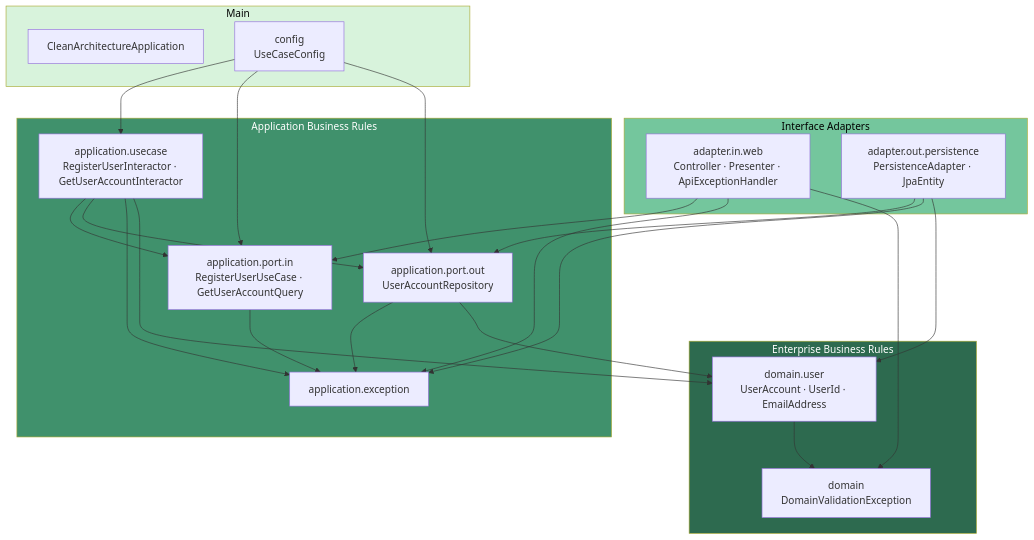
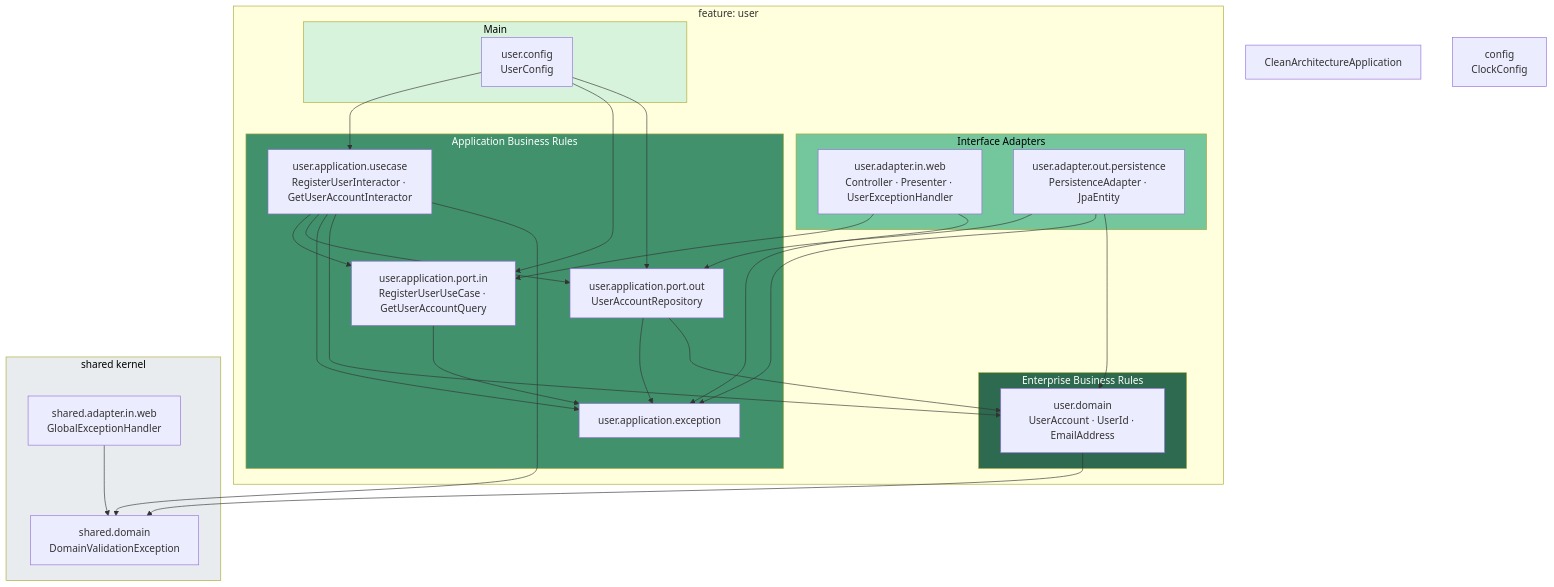
The diagram in docs/architecture/mermaid/4a-layers.mmd (Zhakhongir4048/clean-architecture), drawn with Mermaid before and after one commit. The commit also changed 106 other files, not shown here.

```diff
--- a/docs/architecture/mermaid/4a-layers.mmd
+++ b/docs/architecture/mermaid/4a-layers.mmd
@@ -1,43 +1,53 @@
-%% 4a. Layer / package dependency diagram (arrows = source-code dependency)
+%% 4a. Package dependency diagram, feature-first (arrows = source-code dependency)
 graph TD
-    subgraph MAIN["Main"]
-        app["CleanArchitectureApplication"]
-        config["config<br/>UseCaseConfig"]
-    end
-    subgraph ADAPTERS["Interface Adapters"]
-        web["adapter.in.web<br/>Controller · Presenter · ApiExceptionHandler"]
-        persistence["adapter.out.persistence<br/>PersistenceAdapter · JpaEntity"]
-    end
-    subgraph APPLICATION["Application Business Rules"]
-        usecase["application.usecase<br/>RegisterUserInteractor · GetUserAccountInteractor"]
-        portin["application.port.in<br/>RegisterUserUseCase · GetUserAccountQuery"]
-        portout["application.port.out<br/>UserAccountRepository"]
-        exception["application.exception"]
-    end
-    subgraph DOMAIN["Enterprise Business Rules"]
-        user["domain.user<br/>UserAccount · UserId · EmailAddress"]
-        domain["domain<br/>DomainValidationException"]
+    app["CleanArchitectureApplication"]
+    config["config<br/>ClockConfig"]
+
+    subgraph USER["feature: user"]
+        subgraph U_MAIN["Main"]
+            ucfg["user.config<br/>UserConfig"]
+        end
+        subgraph U_ADAPTERS["Interface Adapters"]
+            web["user.adapter.in.web<br/>Controller · Presenter · UserExceptionHandler"]
+            persistence["user.adapter.out.persistence<br/>PersistenceAdapter · JpaEntity"]
+        end
+        subgraph U_APPLICATION["Application Business Rules"]
+            usecase["user.application.usecase<br/>RegisterUserInteractor · GetUserAccountInteractor"]
+            portin["user.application.port.in<br/>RegisterUserUseCase · GetUserAccountQuery"]
+            portout["user.application.port.out<br/>UserAccountRepository"]
+            exception["user.application.exception"]
+        end
+        subgraph U_DOMAIN["Enterprise Business Rules"]
+            udomain["user.domain<br/>UserAccount · UserId · EmailAddress"]
+        end
     end
 
-    config --> usecase
-    config --> portin
-    config --> portout
+    subgraph SHARED["shared kernel"]
+        sweb["shared.adapter.in.web<br/>GlobalExceptionHandler"]
+        sdomain["shared.domain<br/>DomainValidationException"]
+    end
+
+    ucfg --> usecase
+    ucfg --> portin
+    ucfg --> portout
     web --> portin
     web --> exception
-    web --> domain
     persistence --> portout
     persistence --> exception
-    persistence --> user
+    persistence --> udomain
     usecase --> portin
     usecase --> portout
     usecase --> exception
-    usecase --> user
+    usecase --> udomain
+    usecase --> sdomain
     portin --> exception
     portout --> exception
-    portout --> user
-    user --> domain
+    portout --> udomain
+    udomain --> sdomain
+    sweb --> sdomain
 
-    style DOMAIN fill:#2d6a4f,color:#fff
-    style APPLICATION fill:#40916c,color:#fff
-    style ADAPTERS fill:#74c69d,color:#000
-    style MAIN fill:#d8f3dc,color:#000
+    style U_DOMAIN fill:#2d6a4f,color:#fff
+    style U_APPLICATION fill:#40916c,color:#fff
+    style U_ADAPTERS fill:#74c69d,color:#000
+    style U_MAIN fill:#d8f3dc,color:#000
+    style SHARED fill:#e9ecef,color:#000
```
